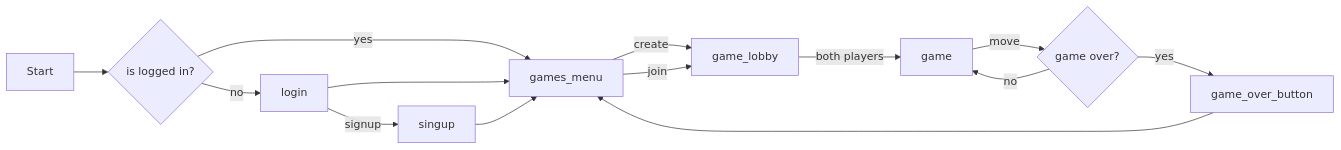
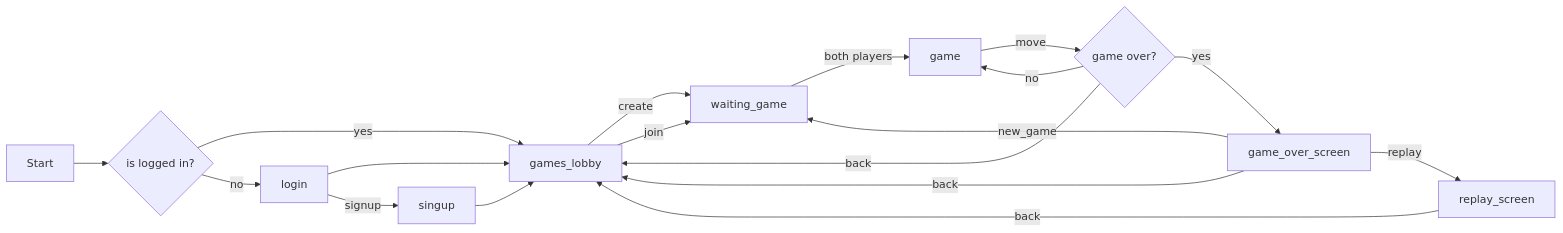
Before and after one commit to quimnuss/battlechess_godot: the second of 2 diagrams in README.md, drawn with Mermaid. The commit also changed other lines of this file and 1 other file, not shown here.

Commit message:
resize main screen title, update README

````diff
--- a/README.md
+++ b/README.md
@@ -16,17 +16,23 @@
 ```mermaid
 graph LR
     Start --> islogged{is logged in?}
-    islogged -- yes --> games_menu
-    islogged -- no --> login --> games_menu
-    login -- signup --> singup --> games_menu
+    islogged -- yes --> games_lobby
+    islogged -- no --> login --> games_lobby
+    login -- signup --> singup --> games_lobby
 
-    games_menu -- create --> game_lobby
-    games_menu -- join --> game_lobby
+    games_lobby -- create --> waiting_game
+    games_lobby -- join --> waiting_game
 
-    game_lobby -- "both players" --> game
+    waiting_game -- "both players" --> game
 
     game -- move --> game_over{game over?}
 
+    game_over -- back --> games_lobby
     game_over -- no --> game
-    game_over -- yes --> game_over_button --> games_menu
+    game_over -- yes --> game_over_screen
+    game_over_screen -- back --> games_lobby
+    game_over_screen -- replay --> replay_screen
+    game_over_screen -- new_game --> waiting_game
+
+    replay_screen -- back --> games_lobby
 ```
````
